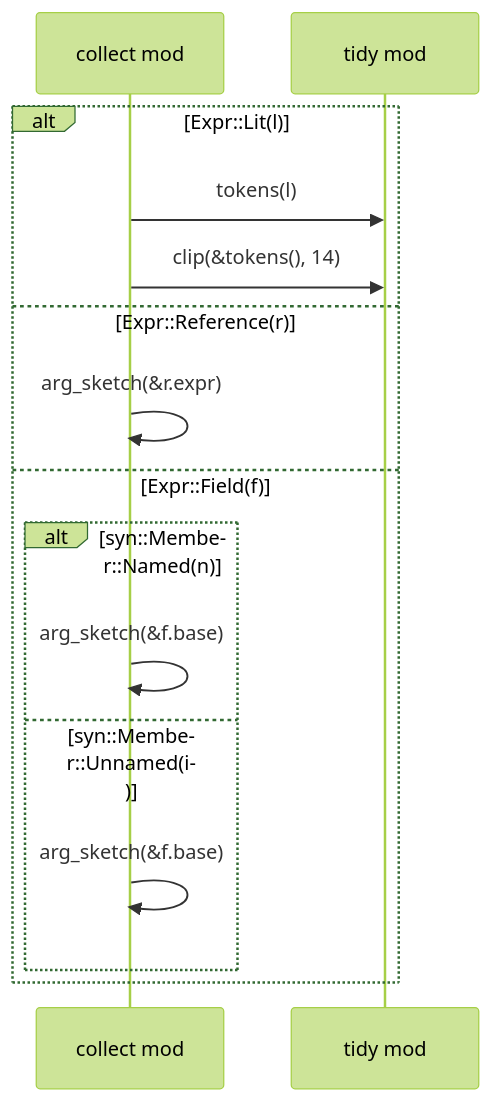
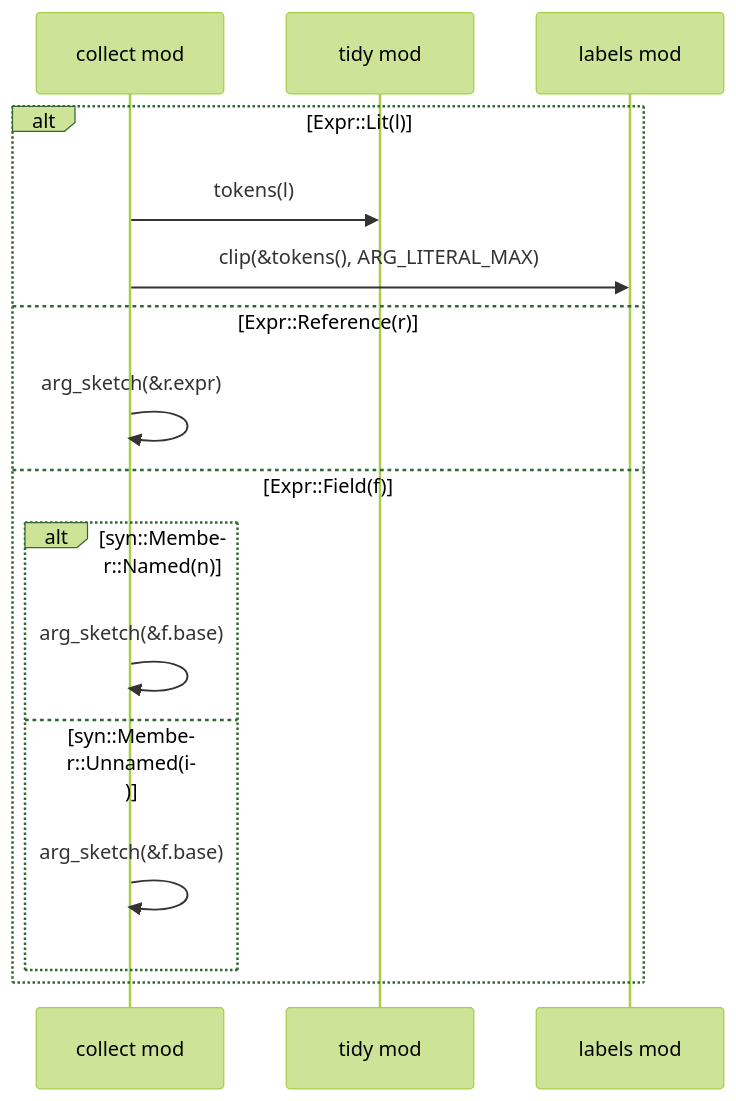
Before and after one commit to DreamLab-AI/codemaid: diagram 33 of 36 in docs/sealmap/crates/sealmap-rust/src/collect.rs.md, drawn with Mermaid (forest theme). The commit also changed other lines of this file and 37 other files, not shown here.

First line of the commit message:
frontend: extract sealmap-frontend from sealmap-rust

````diff
--- a/docs/sealmap/crates/sealmap-rust/src/collect.rs.md
+++ b/docs/sealmap/crates/sealmap-rust/src/collect.rs.md
@@ -916,17 +916,18 @@
 ```mermaid
 sequenceDiagram
   participant sealmap_rust__collect as collect mod
   participant sealmap_rust__tidy as tidy mod
+  participant sealmap_frontend__labels as labels mod
   alt Expr::Lit(l)
     sealmap_rust__collect->>sealmap_rust__tidy: tokens(l)
-    sealmap_rust__collect->>sealmap_rust__tidy: clip(&tokens(), 14)
+    sealmap_rust__collect->>sealmap_frontend__labels: clip(&tokens(), ARG_LITERAL_MAX)
   else Expr::Reference(r)
     sealmap_rust__collect->>sealmap_rust__collect: arg_sketch(&r.expr)
   else Expr::Field(f)
     alt syn::Member::Named(n)
       sealmap_rust__collect->>sealmap_rust__collect: arg_sketch(&f.base)
     else syn::Member::Unnamed(i)
       sealmap_rust__collect->>sealmap_rust__collect: arg_sketch(&f.base)
     end
   end
 ```
````
